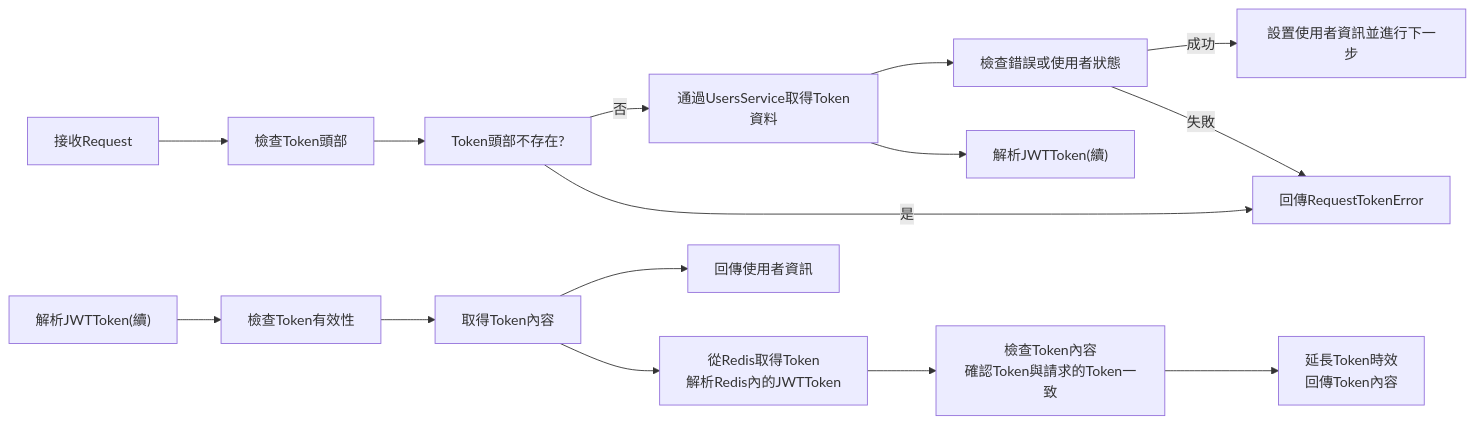
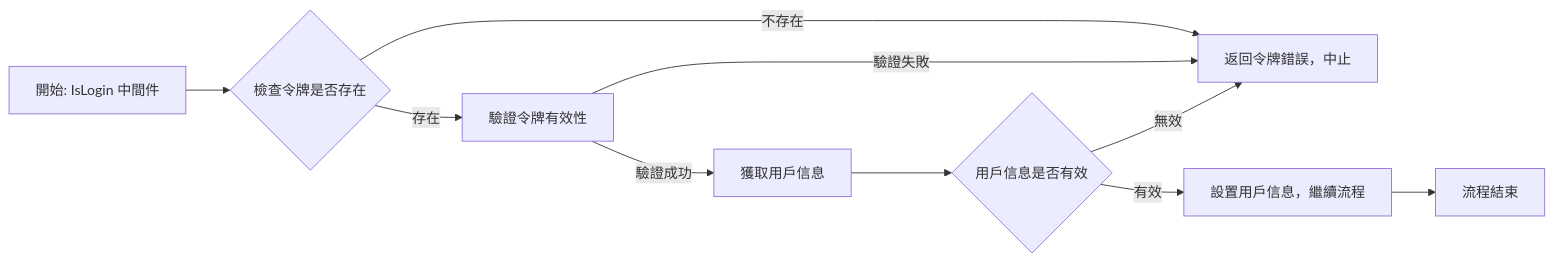
The fourth of 4 diagrams in README.md (rickylin614/im), drawn with Mermaid before and after one commit.

Commit message:
docs: 修正文件描述

````diff
--- a/README.md
+++ b/README.md
@@ -66,32 +66,12 @@
 ```mermaid
 graph LR
-
-A[接收Request]
-B[檢查Token頭部]
-C[Token頭部不存在?]
-D[回傳RequestTokenError]
-E[通過UsersService取得Token資料]
-F[檢查錯誤或使用者狀態]
-G[設置使用者資訊並進行下一步]
-
-H1["解析JWTToken(續)"]
-H2["解析JWTToken(續)"]
-I[檢查Token有效性]
-J[取得Token內容]
-K[回傳使用者資訊]
-
-L[從Redis取得Token<br>解析Redis內的JWTToken]
-N[檢查Token內容<br>確認Token與請求的Token一致]
-P[延長Token時效<br>回傳Token內容]
-
-A --> B --> C
-C -->|否| E
-C -->|是| D
-E --> F
-F -->|成功| G
-F -->|失敗| D
-E --> H2
-
-H1 --> I --> J --> K
-J --> L --> N --> P
+    A[開始: IsLogin 中間件] --> B{檢查令牌是否存在}
+    B -- 不存在 --> C[返回令牌錯誤，中止]
+    B -- 存在 --> D[驗證令牌有效性]
+    D -- 驗證失敗 --> C
+    D -- 驗證成功 --> E[獲取用戶信息]
+    E --> F{用戶信息是否有效}
+    F -- 無效 --> C
+    F -- 有效 --> G[設置用戶信息，繼續流程]
+    G --> H[流程結束]
 ```
````
